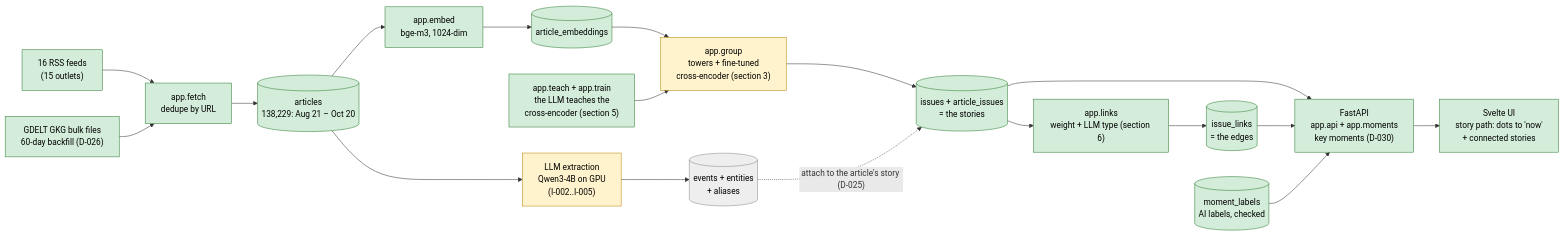
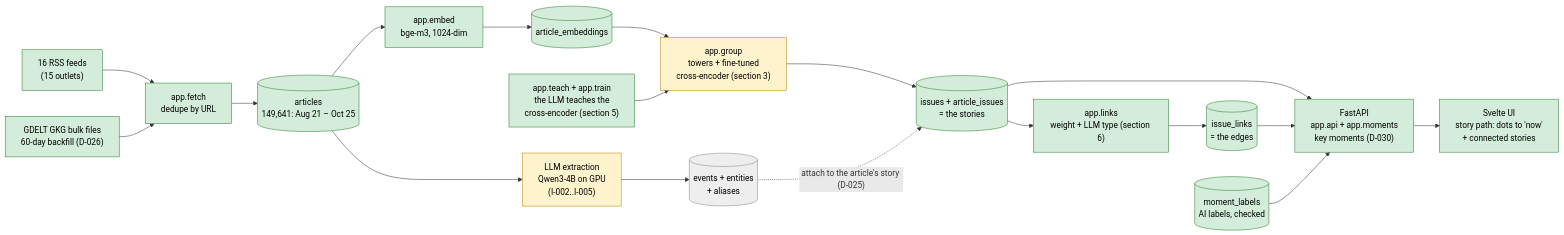
The first of 11 diagrams in docs/WORKFLOW.md (joybratasarkar/smriti), drawn with Mermaid before and after one commit. The commit also changed other lines of this file and 4 other files, not shown here.

````diff
--- a/docs/WORKFLOW.md
+++ b/docs/WORKFLOW.md
@@ -11,28 +11,28 @@
 ```mermaid
 flowchart LR
     RSS["16 RSS feeds<br/>(15 outlets)"] --> F["app.fetch<br/>dedupe by URL"]
     GD["GDELT GKG bulk files<br/>60-day backfill (D-026)"] --> F
-    F --> A[("articles<br/>138,229: Aug 21 – Oct 20")]
+    F --> A[("articles<br/>149,641: Aug 21 – Oct 25")]
     A --> E["app.embed<br/>bge-m3, 1024-dim"]
     E --> V[("article_embeddings")]
     V --> G["app.group<br/>towers + fine-tuned<br/>cross-encoder (section 3)"]
     T["app.teach + app.train<br/>the LLM teaches the<br/>cross-encoder (section 5)"] --> G
     G --> I[("issues + article_issues<br/>= the stories")]
     I --> LK["app.links<br/>weight + LLM type (section 6)"]
     LK --> L[("issue_links<br/>= the edges")]
     I --> API["FastAPI<br/>app.api + app.moments<br/>key moments (D-030)"] --> UI["Svelte UI<br/>story path: dots to 'now'<br/>+ connected stories"]
     L --> API
     ML[("moment_labels<br/>AI labels, checked")] --> API
 
     A --> X["LLM extraction<br/>Qwen3-4B on GPU<br/>(I-002..I-005)"]
     X --> EV[("events + entities<br/>+ aliases")]
     EV -. "attach to the article's story (D-025)" .-> I
 
     classDef done fill:#d4edda,stroke:#2e7d32,color:#000
     classDef testing fill:#fff3cd,stroke:#b8860b,color:#000
     classDef planned fill:#eeeeee,stroke:#888,color:#000
     classDef blocked fill:#f8d7da,stroke:#c62828,color:#000
     class RSS,GD,F,A,E,V,T,I,LK,L,API,UI,ML done
     class G,X testing
     class EV planned
 ```
````
